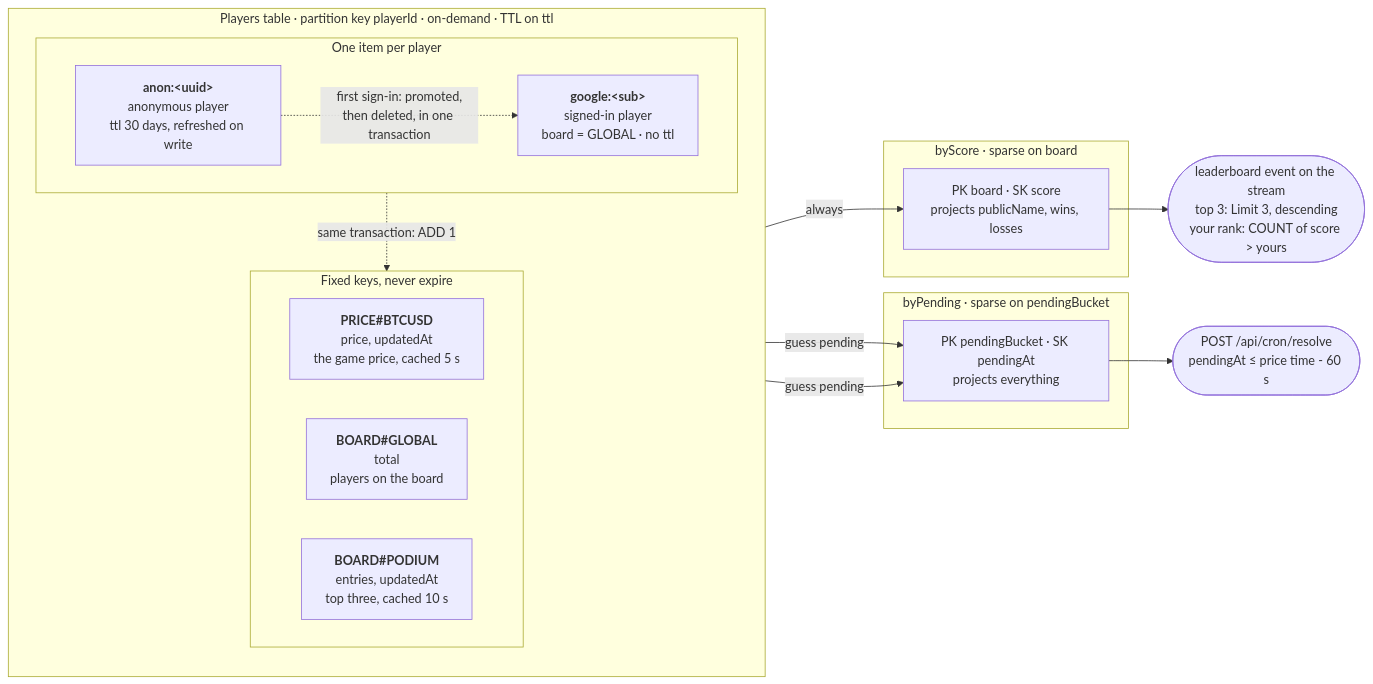
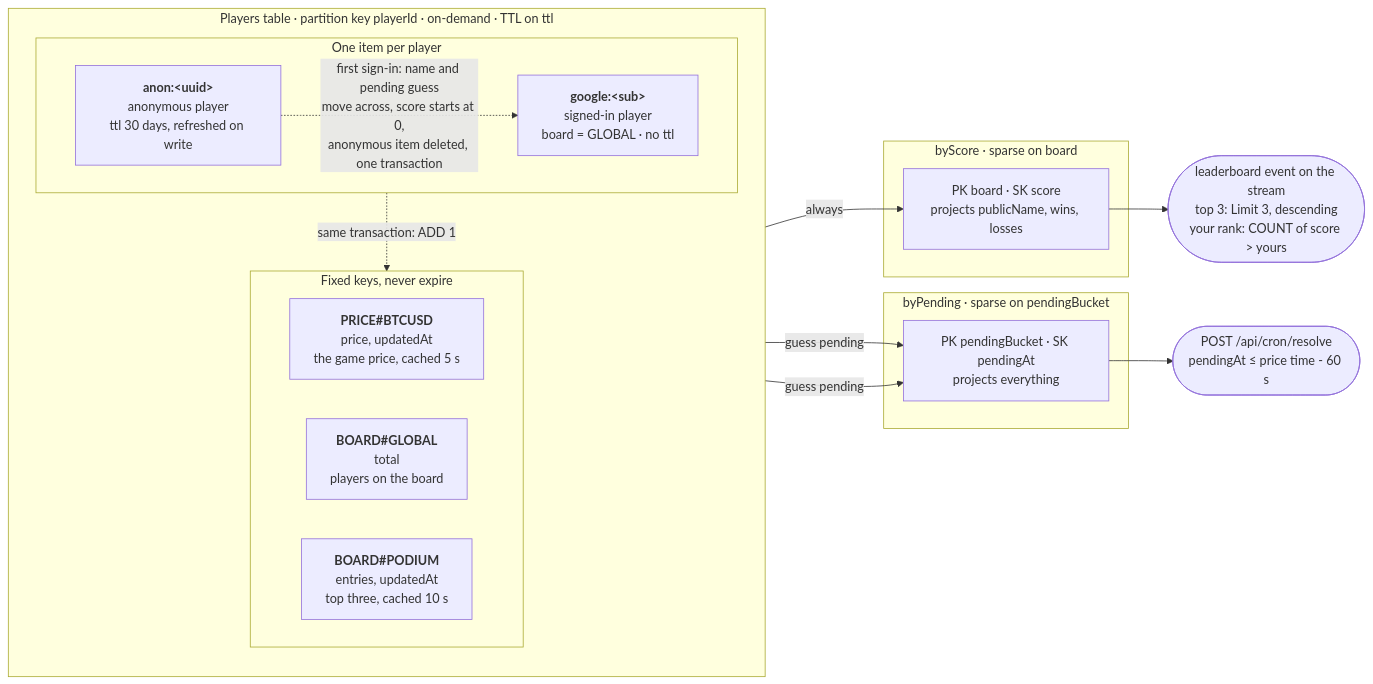
One commit to imcarvalho/epilot-btc changed the diagram in docs/engineering-spec.md. Above: the diagram before and after it, drawn with Mermaid. The commit also changed other lines of this file and 8 other files, not shown here.

````diff
--- a/docs/engineering-spec.md
+++ b/docs/engineering-spec.md
@@ -98,34 +98,34 @@
 ```mermaid
 flowchart LR
     subgraph table["Players table · partition key playerId · on-demand · TTL on ttl"]
         direction TB
         subgraph players["One item per player"]
             direction LR
             anon["<b>anon:&lt;uuid&gt;</b><br/>anonymous player<br/>ttl 30 days, refreshed on write"]
             google["<b>google:&lt;sub&gt;</b><br/>signed-in player<br/>board = GLOBAL · no ttl"]
         end
         subgraph shared["Fixed keys, never expire"]
             direction LR
             price["<b>PRICE#BTCUSD</b><br/>price, updatedAt<br/>the game price, cached 5 s"]
             total["<b>BOARD#GLOBAL</b><br/>total<br/>players on the board"]
             podium["<b>BOARD#PODIUM</b><br/>entries, updatedAt<br/>top three, cached 10 s"]
         end
     end
 
     subgraph byScore["byScore · sparse on board"]
         scoreKeys["PK board · SK score<br/>projects publicName, wins, losses"]
     end
 
     subgraph byPending["byPending · sparse on pendingBucket"]
         pendingKeys["PK pendingBucket · SK pendingAt<br/>projects everything"]
     end
 
-    anon -. "first sign-in: promoted,<br/>then deleted, in one transaction" .-> google
+    anon -. "first sign-in: name and pending guess<br/>move across, score starts at 0,<br/>anonymous item deleted, one transaction" .-> google
     google -. "same transaction: ADD 1" .-> total
     google -- "always" --> scoreKeys
     anon -- "guess pending" --> pendingKeys
     google -- "guess pending" --> pendingKeys
 
     scoreKeys --> leaderboard(["leaderboard event on the stream<br/>top 3: Limit 3, descending<br/>your rank: COUNT of score &gt; yours"])
     pendingKeys --> sweep(["POST /api/cron/resolve<br/>pendingAt ≤ price time - 60 s"])
 ```
````
